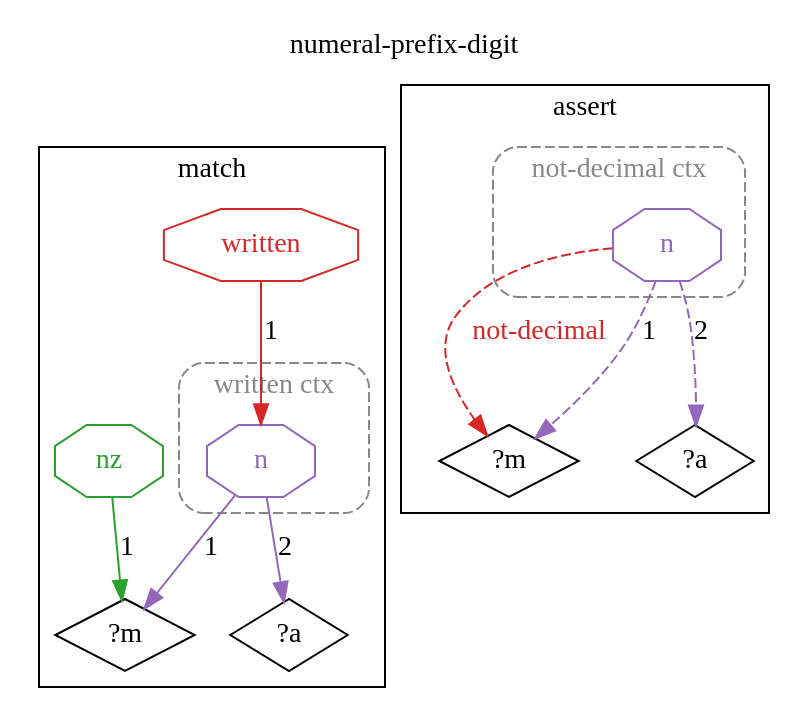
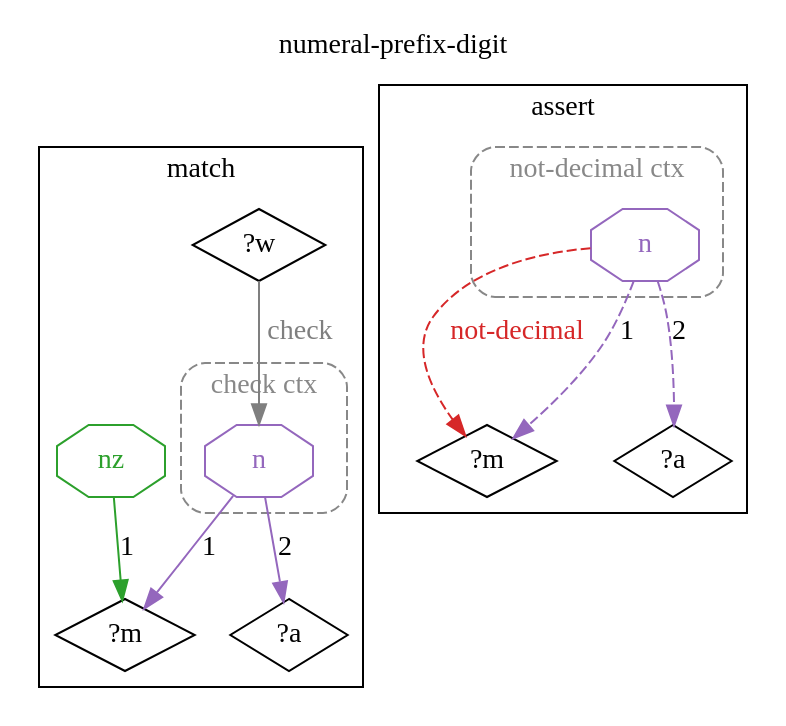
The diagram in docs/ein/user/04-reference/04-stdlib/diagrams/09-std.math.decimal.numeral-prefix-digit.dot (agutikov/ein), drawn with Graphviz before and after one commit. The commit also changed 250 other files, not shown here.

```diff
--- a/docs/ein/user/04-reference/04-stdlib/diagrams/09-std.math.decimal.numeral-prefix-digit.dot
+++ b/docs/ein/user/04-reference/04-stdlib/diagrams/09-std.math.decimal.numeral-prefix-digit.dot
@@ -1,29 +1,29 @@
 digraph rule_numeral_prefix_digit_lhs_rhs {
   rankdir=TB;
   label="numeral-prefix-digit"; labelloc=t;
   subgraph cluster_lhs { label="match";
+    "?w_L" [label="?w", shape=diamond];
     "?m_L" [label="?m", shape=diamond];
     "?a_L" [label="?a", shape=diamond];
     subgraph cluster_ctx_L_0 {
-      label="written ctx"; style="dashed,rounded"; color="#888888"; fontcolor="#888888";
+      label="check ctx"; style="dashed,rounded"; color="#888888"; fontcolor="#888888";
       "(n ?m ?a)_L" [shape=octagon, label="n", color="#9467bd", fontcolor="#9467bd"];
     }
-    "h1_written_L" [shape=octagon, label="written", color="#d62728", fontcolor="#d62728"];
-    "h1_written_L" -> "(n ?m ?a)_L" [label="1", color="#d62728"];
-    "h2_nz_L" [shape=octagon, label="nz", color="#2ca02c", fontcolor="#2ca02c"];
-    "h2_nz_L" -> "?m_L" [label="1", color="#2ca02c"];
+    "?w_L" -> "(n ?m ?a)_L" [label="check", color="#7f7f7f", fontcolor="#7f7f7f"];
+    "h1_nz_L" [shape=octagon, label="nz", color="#2ca02c", fontcolor="#2ca02c"];
+    "h1_nz_L" -> "?m_L" [label="1", color="#2ca02c"];
     "(n ?m ?a)_L" -> "?m_L" [label="1", color="#9467bd"];
     "(n ?m ?a)_L" -> "?a_L" [label="2", color="#9467bd"];
   }
   subgraph cluster_rhs { label="assert";
     "?m_R" [label="?m", shape=diamond];
     "?a_R" [label="?a", shape=diamond];
     subgraph cluster_ctx_R_0 {
       label="not-decimal ctx"; style="dashed,rounded"; color="#888888"; fontcolor="#888888";
       "(n ?m ?a)_R" [shape=octagon, label="n", color="#9467bd", fontcolor="#9467bd"];
     }
     "(n ?m ?a)_R" -> "?m_R" [label="not-decimal", color="#d62728", fontcolor="#d62728", style=dashed];
     "(n ?m ?a)_R" -> "?m_R" [label="1", color="#9467bd", style=dashed];
     "(n ?m ?a)_R" -> "?a_R" [label="2", color="#9467bd", style=dashed];
   }
 }
```
